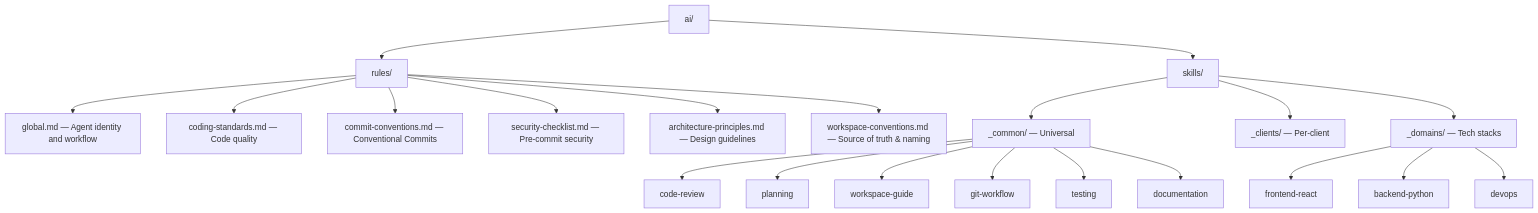
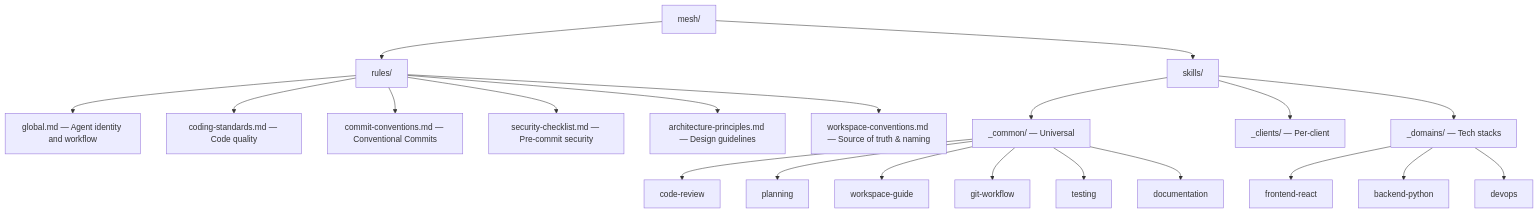
The fourth of 4 diagrams in docs/architecture.md (samartined/mAIcelium), drawn with Mermaid before and after one commit. The commit also changed other lines of this file and 44 other files, not shown here.

````diff
--- a/docs/architecture.md
+++ b/docs/architecture.md
@@ -173,27 +173,27 @@
 ```mermaid
 graph TD
-    AI["ai/"] --> RulesDir["rules/"]
-    AI --> SkillsDir["skills/"]
+    Mesh["mesh/"] --> RulesDir["rules/"]
+    Mesh --> SkillsDir["skills/"]
 
     RulesDir --> Global["global.md — Agent identity and workflow"]
     RulesDir --> Coding["coding-standards.md — Code quality"]
     RulesDir --> Commits["commit-conventions.md — Conventional Commits"]
     RulesDir --> Security["security-checklist.md — Pre-commit security"]
     RulesDir --> Architecture["architecture-principles.md — Design guidelines"]
     RulesDir --> WsConventions["workspace-conventions.md — Source of truth & naming"]
 
     SkillsDir --> CommonDir["_common/ — Universal"]
     SkillsDir --> ClientsDir["_clients/ — Per-client"]
     SkillsDir --> DomainsDir["_domains/ — Tech stacks"]
 
     CommonDir --> CR["code-review"]
     CommonDir --> PL["planning"]
     CommonDir --> WG["workspace-guide"]
     CommonDir --> GW["git-workflow"]
     CommonDir --> TE["testing"]
     CommonDir --> DO["documentation"]
 
     DomainsDir --> FR["frontend-react"]
     DomainsDir --> BP["backend-python"]
     DomainsDir --> DV["devops"]
 ```
````
